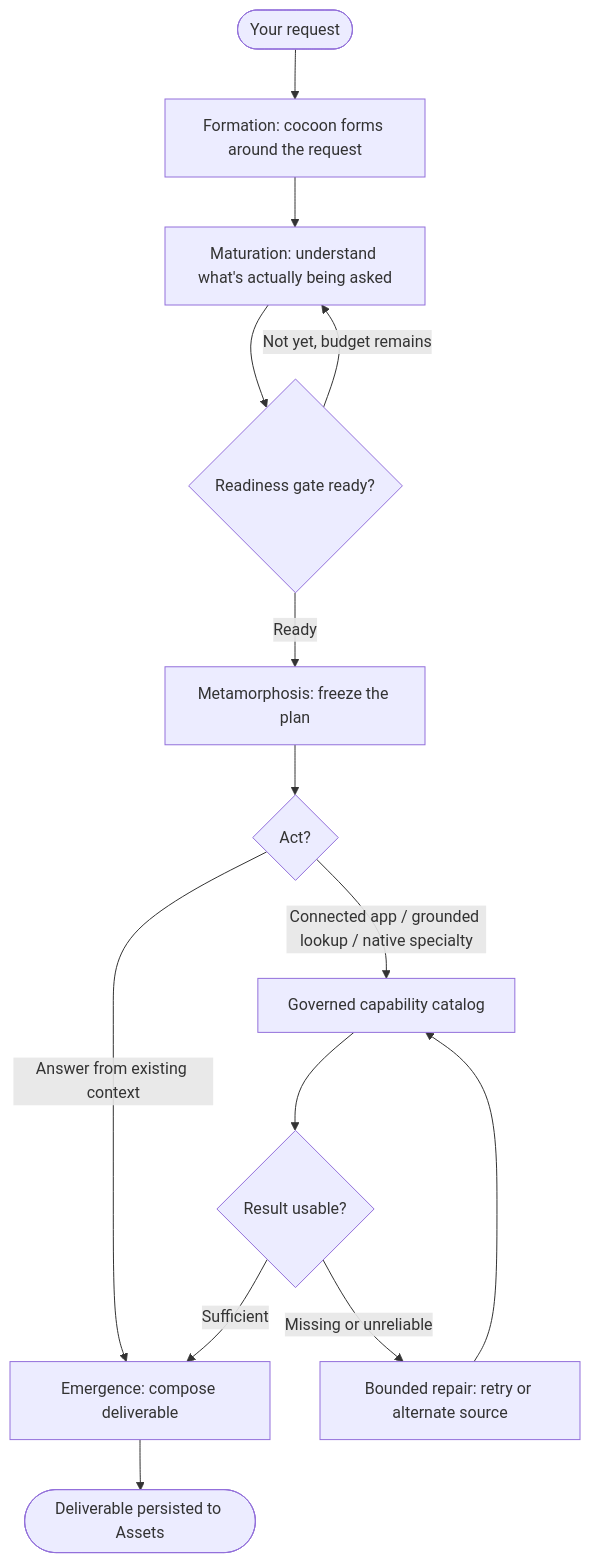
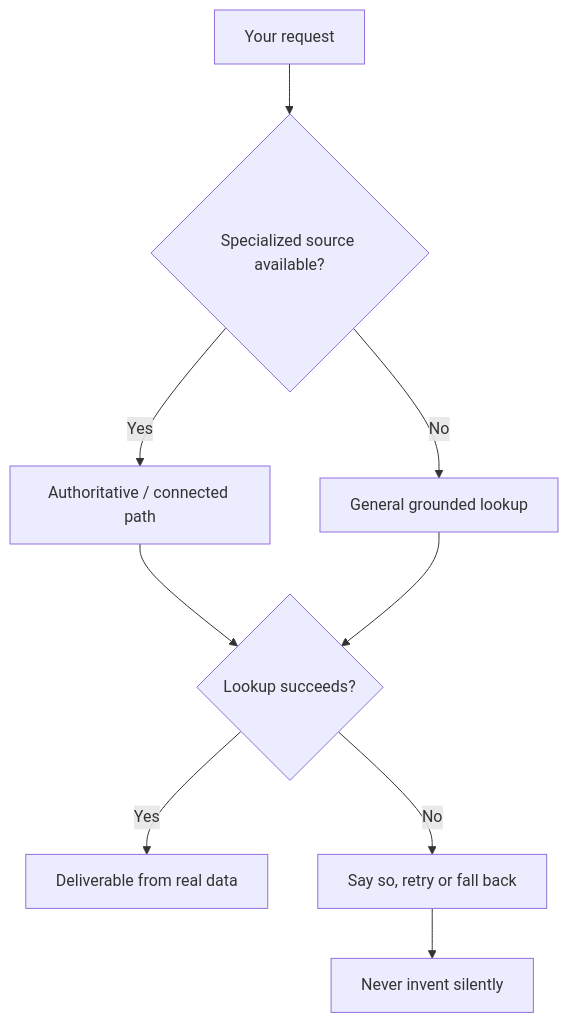
One commit to Beunec/beunec-site-staging changed the second of 2 diagrams in Beunec Docs/rivine agentic engines/rivine_taskforce.md. Above: the diagram before and after it, drawn with Mermaid. The commit also changed other lines of this file and 12 other files, not shown here.

First line of the commit message:
Add Rivine engine diagrams, platform docs links, and home docs CTA.

````diff
--- a/Beunec Docs/rivine agentic engines/rivine_taskforce.md
+++ b/Beunec Docs/rivine agentic engines/rivine_taskforce.md
@@ -11,16 +21,11 @@
 ```mermaid
 flowchart TD
-    U([Your request]) --> F[Formation: cocoon forms around the request]
-    F --> M[Maturation: understand what's actually being asked]
-    M --> R{Readiness gate ready?}
-    R -->|Not yet, budget remains| M
-    R -->|Ready| MT[Metamorphosis: freeze the plan]
-    MT --> A{Act?}
-    A -->|Connected app / grounded lookup / native specialty| T[Governed capability catalog]
-    A -->|Answer from existing context| Y[Emergence: compose deliverable]
-    T --> H{Result usable?}
-    H -->|Missing or unreliable| Val[Bounded repair: retry or alternate source]
-    Val --> T
-    H -->|Sufficient| Y
-    Y --> O([Deliverable persisted to Assets])
+    A[Your request] --> B{Specialized source available?}
+    B -->|Yes| C[Authoritative / connected path]
+    B -->|No| D[General grounded lookup]
+    C --> E{Lookup succeeds?}
+    D --> E
+    E -->|Yes| F[Deliverable from real data]
+    E -->|No| G[Say so, retry or fall back]
+    G --> H[Never invent silently]
 ```
````
